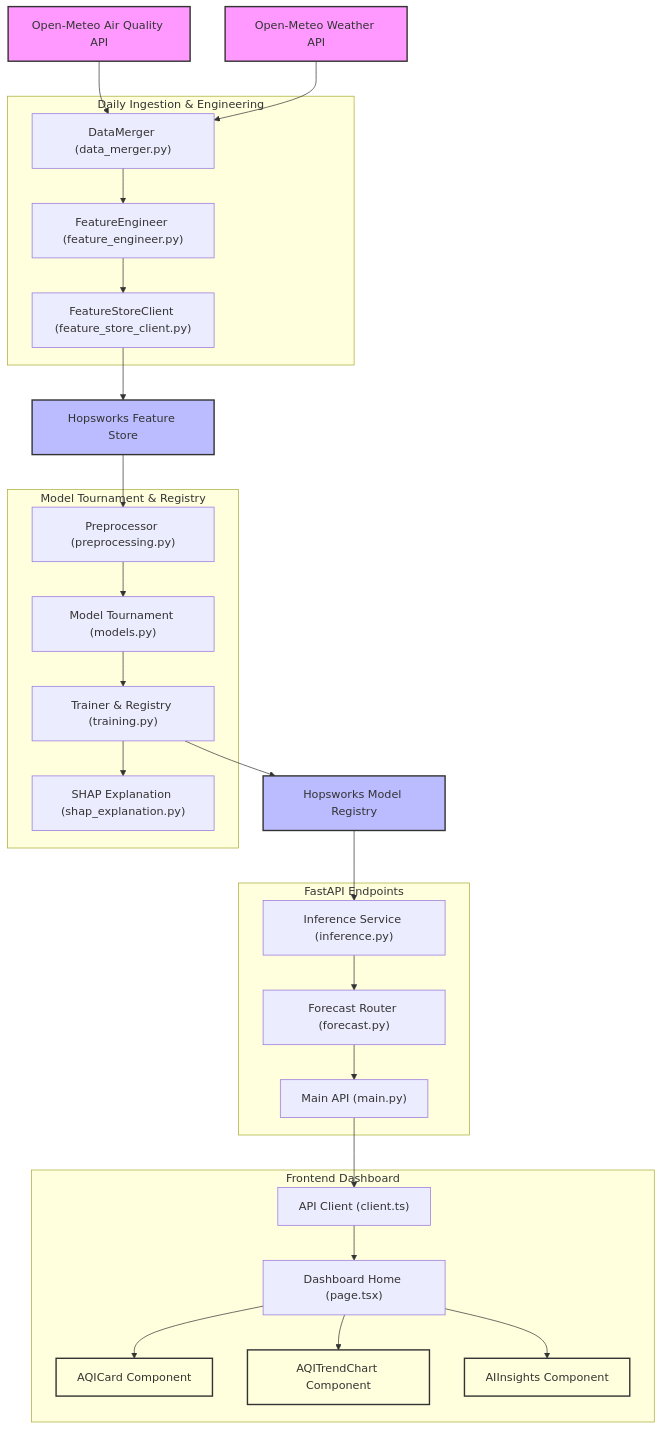
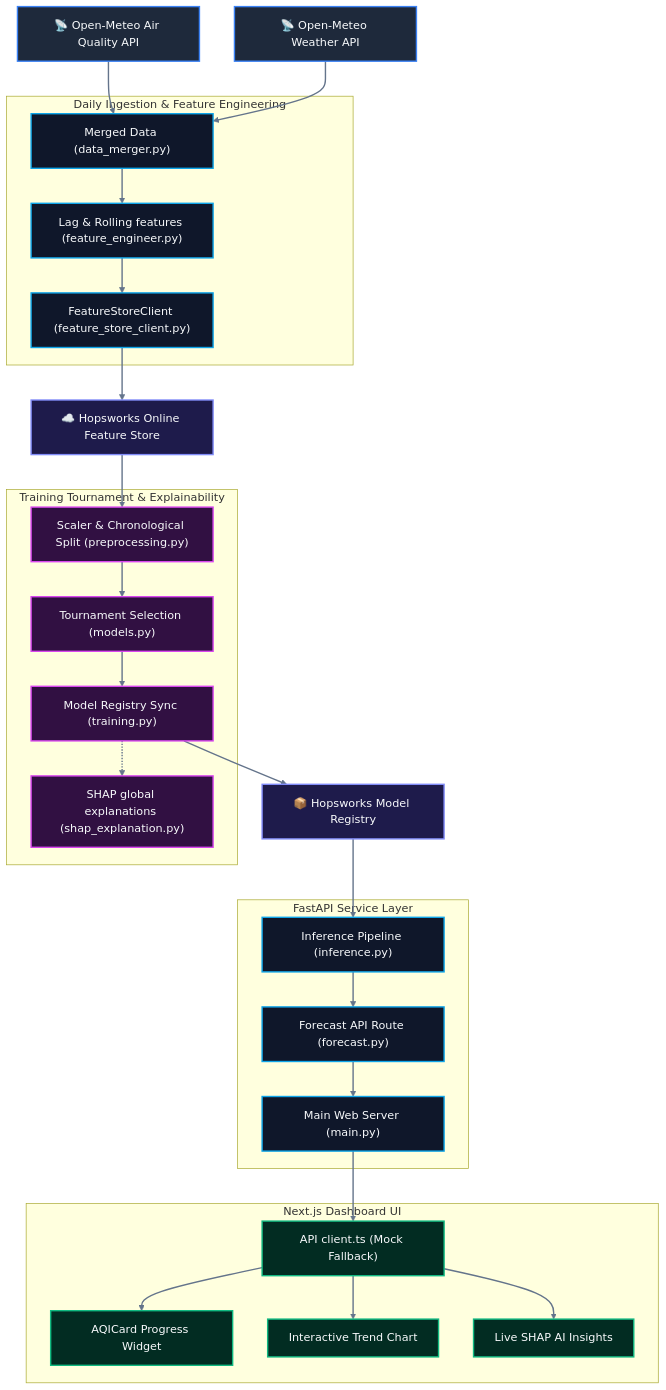
One commit to 21Afnan/AirLyst changed the diagram in README.md. Above: the diagram before and after it, drawn with Mermaid. The commit also changed other lines of this file, not shown here.

````diff
--- a/README.md
+++ b/README.md
@@ -30,67 +27,52 @@
 ```mermaid
 flowchart TD
-    %% Styling
-    classDef datasource fill:#f9f,stroke:#333,stroke-width:2px;
-    classDef featurestore fill:#bbf,stroke:#333,stroke-width:2px;
-    classDef mlops fill:#fdd,stroke:#333,stroke-width:2px;
-    classDef api fill:#dfd,stroke:#333,stroke-width:2px;
-    classDef ui fill:#ffd,stroke:#333,stroke-width:2px;
+    %% Styling and Premium Palette
+    classDef datasource fill:#1E293B,stroke:#3B82F6,stroke-width:2px,color:#F8FAFC;
+    classDef featurestore fill:#1E1B4B,stroke:#818CF8,stroke-width:2px,color:#F8FAFC;
+    classDef pipeline fill:#0F172A,stroke:#0EA5E9,stroke-width:2px,color:#F8FAFC;
+    classDef mlops fill:#311042,stroke:#D946EF,stroke-width:2px,color:#F8FAFC;
+    classDef ui fill:#022C22,stroke:#10B981,stroke-width:2px,color:#F8FAFC;
 
-    %% Elements
-    OM_Air["Open-Meteo Air Quality API"]:::datasource
-    OM_Weather["Open-Meteo Weather API"]:::datasource
+    %% Data Sources
+    OM_Air["📡 Open-Meteo Air Quality API"]:::datasource
+    OM_Weather["📡 Open-Meteo Weather API"]:::datasource
 
-    subgraph Feature Pipeline [Daily Ingestion & Engineering]
-        DataMerger["DataMerger (data_merger.py)"]
-        FeatureEng["FeatureEngineer (feature_engineer.py)"]
-        FSClient["FeatureStoreClient (feature_store_client.py)"]
+    subgraph FE [Daily Ingestion & Feature Engineering]
+        DataMerger["Merged Data (data_merger.py)"]:::pipeline
+        FeatureEng["Lag & Rolling features (feature_engineer.py)"]:::pipeline
+        FSClient["FeatureStoreClient (feature_store_client.py)"]:::pipeline
     end
 
-    Hopsworks["Hopsworks Feature Store"]:::featurestore
+    Hopsworks["☁️ Hopsworks Online Feature Store"]:::featurestore
 
-    subgraph Training Pipeline [Model Tournament & Registry]
-        Prep["Preprocessor (preprocessing.py)"]
-        Tournament["Model Tournament (models.py)"]
-        Training["Trainer & Registry (training.py)"]
-        SHAP["SHAP Explanation (shap_explanation.py)"]
+    subgraph ML [Training Tournament & Explainability]
+        Prep["Scaler & Chronological Split (preprocessing.py)"]:::mlops
+        Tournament["Tournament Selection (models.py)"]:::mlops
+        Training["Model Registry Sync (training.py)"]:::mlops
+        SHAP["SHAP global explanations (shap_explanation.py)"]:::mlops
     end
 
-    ModelRegistry["Hopsworks Model Registry"]:::featurestore
+    ModelRegistry["📦 Hopsworks Model Registry"]:::featurestore
 
-    subgraph Serving Layer [FastAPI Endpoints]
-        MainAPI["Main API (main.py)"]
-        ForecastRouter["Forecast Router (forecast.py)"]
-        Inference["Inference Service (inference.py)"]
+    subgraph API [FastAPI Service Layer]
+        Inference["Inference Pipeline (inference.py)"]:::pipeline
+        ForecastRouter["Forecast API Route (forecast.py)"]:::pipeline
+        MainAPI["Main Web Server (main.py)"]:::pipeline
     end
 
-    subgraph NextJS App [Frontend Dashboard]
-        UI_Home["Dashboard Home (page.tsx)"]
-        APIClient["API Client (client.ts)"]
-        AQICard["AQICard Component"]:::ui
-        TrendChart["AQITrendChart Component"]:::ui
-        AIInsights["AIInsights Component"]:::ui
+    subgraph NextJS [Next.js Dashboard UI]
+        APIClient["API client.ts (Mock Fallback)"]:::ui
+        AQICard["AQICard Progress Widget"]:::ui
+        TrendChart["Interactive Trend Chart"]:::ui
+        AIInsights["Live SHAP AI Insights"]:::ui
     end
 
-    %% Flows
-    OM_Air --> DataMerger
-    OM_Weather --> DataMerger
-    DataMerger --> FeatureEng
-    FeatureEng --> FSClient
-    FSClient --> Hopsworks
-    
-    Hopsworks --> Prep
-    Prep --> Tournament
-    Tournament --> Training
-    Training --> SHAP
-    Training --> ModelRegistry
-    
-    ModelRegistry --> Inference
-    Inference --> ForecastRouter
-    ForecastRouter --> MainAPI
-    
-    MainAPI --> APIClient
-    APIClient --> UI_Home
-    UI_Home --> AQICard
-    UI_Home --> TrendChart
-    UI_Home --> AIInsights
+    %% Connections
+    OM_Air & OM_Weather --> DataMerger
+    DataMerger --> FeatureEng --> FSClient --> Hopsworks
+    Hopsworks --> Prep --> Tournament --> Training --> ModelRegistry
+    Training -.-> SHAP
+    ModelRegistry --> Inference --> ForecastRouter --> MainAPI --> APIClient --> AQICard & TrendChart & AIInsights
+
+    linkStyle default stroke:#64748B,stroke-width:2px;
 ```
````
